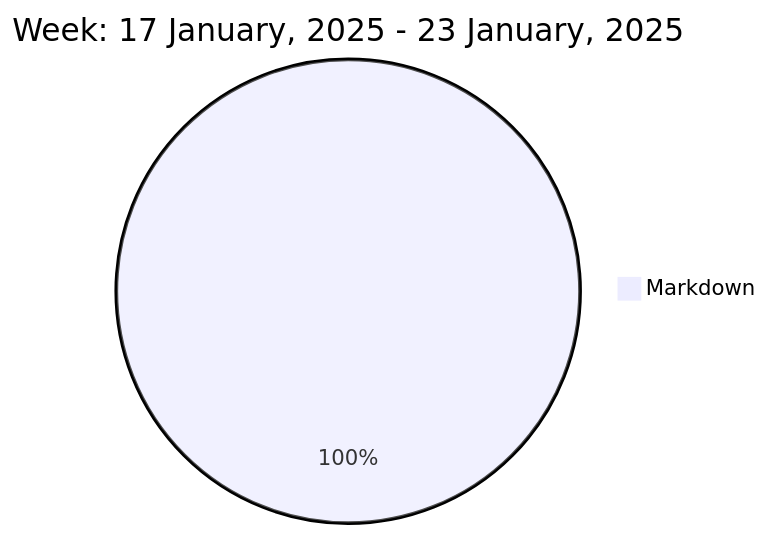
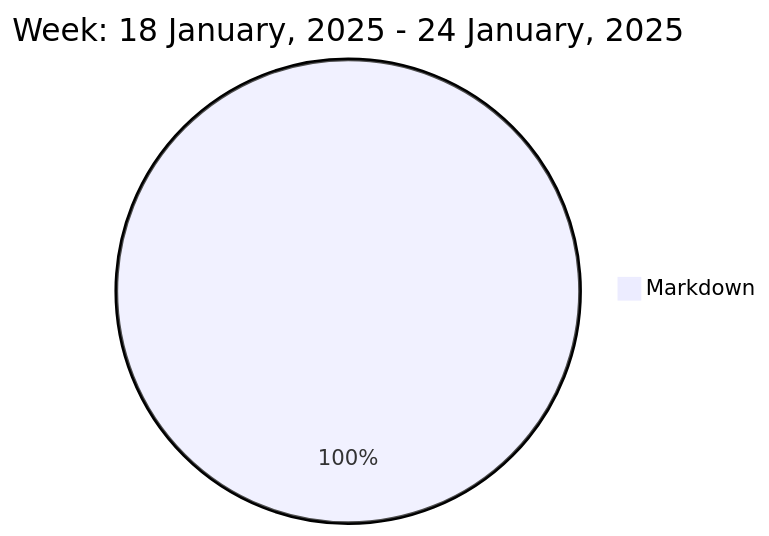
Before and after one commit to liubin95/liubin95: the diagram in README.md, drawn with Mermaid.

Commit message:
Updated the Graph with new Metrics

````diff
--- a/README.md
+++ b/README.md
@@ -37,5 +37,5 @@
 ```mermaid
  pie
-title Week: 17 January, 2025 - 23 January, 2025
- "Markdown" : 4.43
+title Week: 18 January, 2025 - 24 January, 2025
+ "Markdown" : 3.25
 ```
````
